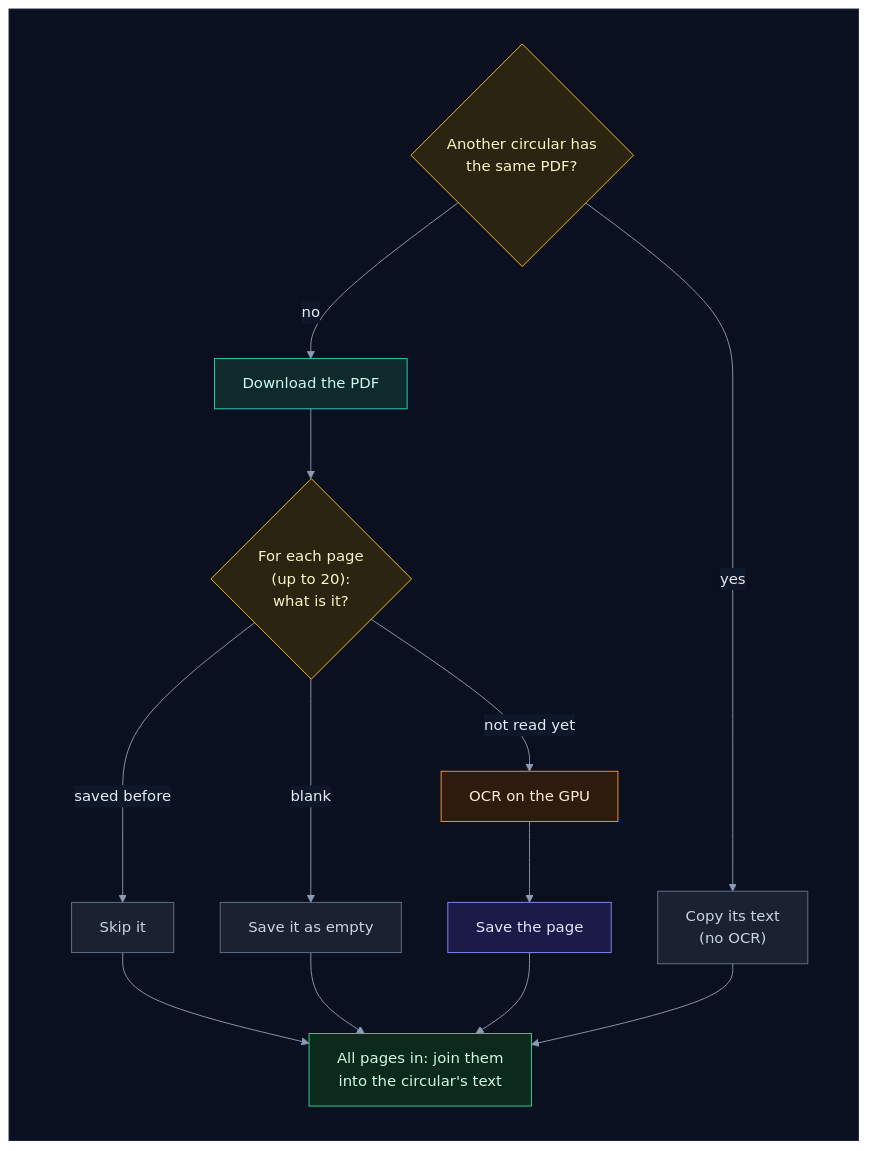
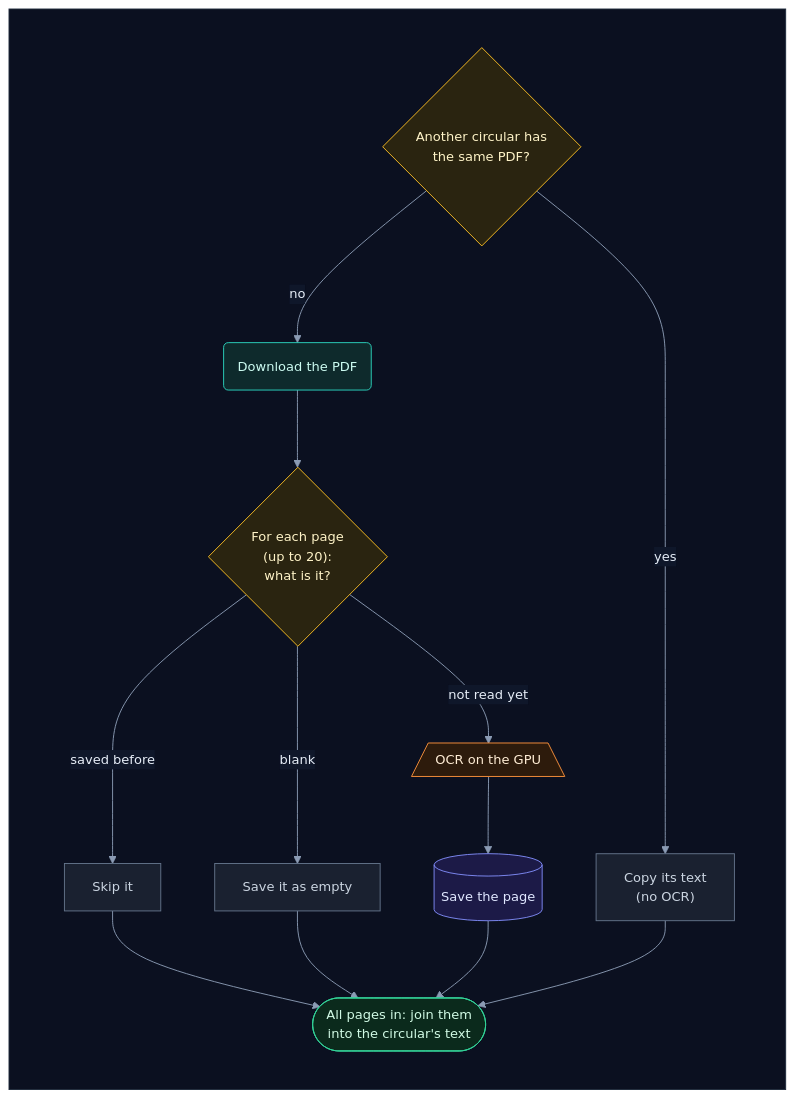
Before and after one commit to selvakumarperumal/Regulatory_Circular_Impact_Agent: diagram 11 of 45 in backend/worker/INTERNALS.md, drawn with Mermaid. The commit also changed other lines of this file and 5 other files, not shown here.

Commit message:
Give the docs' flowcharts a shape per kind of part, more room and slightly smaller text

````diff
--- a/backend/worker/INTERNALS.md
+++ b/backend/worker/INTERNALS.md
@@ -635,35 +635,35 @@
 ```mermaid
-%%{init: {"theme": "base", "flowchart": {"diagramPadding": 0}, "themeVariables": {"darkMode": true, "primaryColor": "#16213a", "primaryTextColor": "#e6edf7", "primaryBorderColor": "#475a7a", "lineColor": "#8b9bb4", "secondaryColor": "#1b2436", "tertiaryColor": "#101a2e", "edgeLabelBackground": "#0f172a", "textColor": "#e2e8f0", "clusterBkg": "#0f1728", "clusterBorder": "#2b3a55", "titleColor": "#c4b5fd", "nodeTextColor": "#e6edf7"}}}%%
+%%{init: {"theme": "base", "flowchart": {"diagramPadding": 0, "nodeSpacing": 58, "rankSpacing": 58, "curve": "basis"}, "themeVariables": {"fontSize": "14px", "darkMode": true, "primaryColor": "#16213a", "primaryTextColor": "#e6edf7", "primaryBorderColor": "#475a7a", "lineColor": "#8b9bb4", "secondaryColor": "#1b2436", "tertiaryColor": "#101a2e", "edgeLabelBackground": "#0f172a", "textColor": "#e2e8f0", "clusterBkg": "#0f1728", "clusterBorder": "#2b3a55", "titleColor": "#c4b5fd", "nodeTextColor": "#e6edf7"}}}%%
 flowchart TD
     subgraph canvas[" "]
         direction TB
         a{"Another circular has<br/>the same PDF?"} -->|"yes"| cp["Copy its text<br/>(no OCR)"]
-        a -->|"no"| dl["Download the PDF"]
+        a -->|"no"| dl("Download the PDF")
         dl --> pg{"For each page<br/>(up to 20):<br/>what is it?"}
         pg -->|"saved before"| sk["Skip it"]
         pg -->|"blank"| em["Save it as empty"]
-        pg -->|"not read yet"| ocr["OCR on the GPU"]
-        ocr --> sp["Save the page"]
-        sk --> jn["All pages in: join them<br/>into the circular's text"]
+        pg -->|"not read yet"| ocr[/"OCR on the GPU"\]
+        ocr --> sp[("Save the page")]
+        sk --> jn(["All pages in: join them<br/>into the circular's text"])
         em --> jn
         sp --> jn
         cp --> jn
     end
     classDef svc fill:#0e2a2c,stroke:#2dd4bf,color:#ccfbf1
     classDef data fill:#1c1a47,stroke:#818cf8,color:#e0e7ff
     classDef ext fill:#2a1640,stroke:#c084fc,color:#f3e8ff
     classDef gpu fill:#2d1b0c,stroke:#fb923c,color:#ffedd5
     classDef ask fill:#2a2410,stroke:#fbbf24,color:#fef3c7
     classDef ok fill:#0b2a1c,stroke:#34d399,color:#d1fae5
     classDef bad fill:#2e0f17,stroke:#fb7185,color:#ffe4e6
     classDef start fill:#1c2a0e,stroke:#a7ef6f,color:#ecfccb
     classDef muted fill:#1a2130,stroke:#64748b,color:#cbd5e1
     classDef queue fill:#0c2231,stroke:#38bdf8,color:#e0f2fe
     class a,pg ask
     class cp,sk,em muted
     class dl svc
     class ocr gpu
     class sp data
     class jn ok
     style canvas fill:#0b1020,stroke:#1e293b,color:#0b1020
 ```
````
